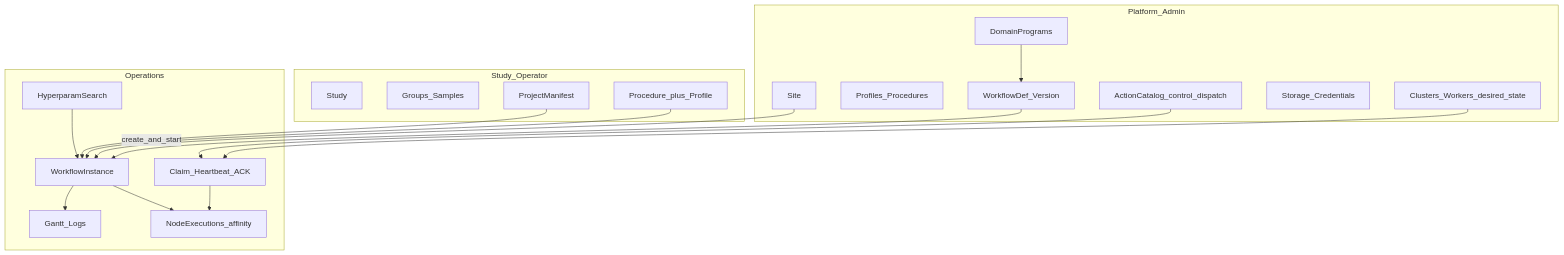
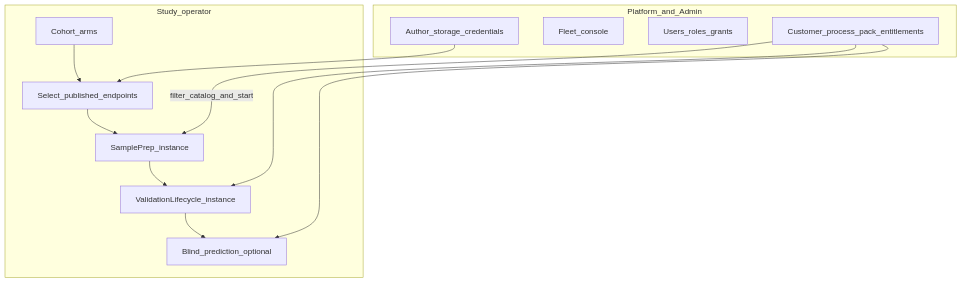
One commit to Goliath-Research/GoliathWorkflow changed the first of 2 diagrams in docs/architecture/portal-ia.md. Above: the diagram before and after it, drawn with Mermaid. The commit also changed other lines of this file and 23 other files, not shown here.

First line of the commit message:
Enhance Portal information architecture and related documentation

````diff
--- a/docs/architecture/portal-ia.md
+++ b/docs/architecture/portal-ia.md
@@ -29,36 +34,21 @@
 ```mermaid
 flowchart TB
-  subgraph platform [Platform_Admin]
-    Site[Site]
-    Packs[Profiles_Procedures]
-    Programs[DomainPrograms]
-    Defs[WorkflowDef_Version]
-    Catalog[ActionCatalog_control_dispatch]
-    Storage[Storage_Credentials]
-    Fleet[Clusters_Workers_desired_state]
-    Programs --> Defs
+  subgraph operator [Study_operator]
+    Cohort[Cohort_arms]
+    StoragePick[Select_published_endpoints]
+    Prep[SamplePrep_instance]
+    Life[ValidationLifecycle_instance]
+    Pred[Blind_prediction_optional]
   end
-  subgraph studyFloor [Study_Operator]
-    Study[Study]
-    Cohorts[Groups_Samples]
-    Project[ProjectManifest]
-    Binding[Procedure_plus_Profile]
+  subgraph adminFloor [Platform_and_Admin]
+    StorageAuth[Author_storage_credentials]
+    Fleet[Fleet_console]
+    Rbac[Users_roles_grants]
+    Contracts[Customer_process_pack_entitlements]
   end
-  subgraph ops [Operations]
-    Inst[WorkflowInstance]
-    Tasks[NodeExecutions_affinity]
-    HPO[HyperparamSearch]
-    Mon[Gantt_Logs]
-    FleetAck[Claim_Heartbeat_ACK]
-    Inst --> Tasks
-    Inst --> Mon
-    HPO --> Inst
-    Fleet --> FleetAck
-    FleetAck --> Tasks
-    Catalog --> FleetAck
-  end
-  Defs -->|"create_and_start"| Inst
-  Binding --> Inst
-  Project --> Inst
-  Site --> Inst
+  Cohort --> StoragePick --> Prep --> Life --> Pred
+  StorageAuth --> StoragePick
+  Contracts -->|"filter_catalog_and_start"| Prep
+  Contracts --> Life
+  Contracts --> Pred
 ```
````
